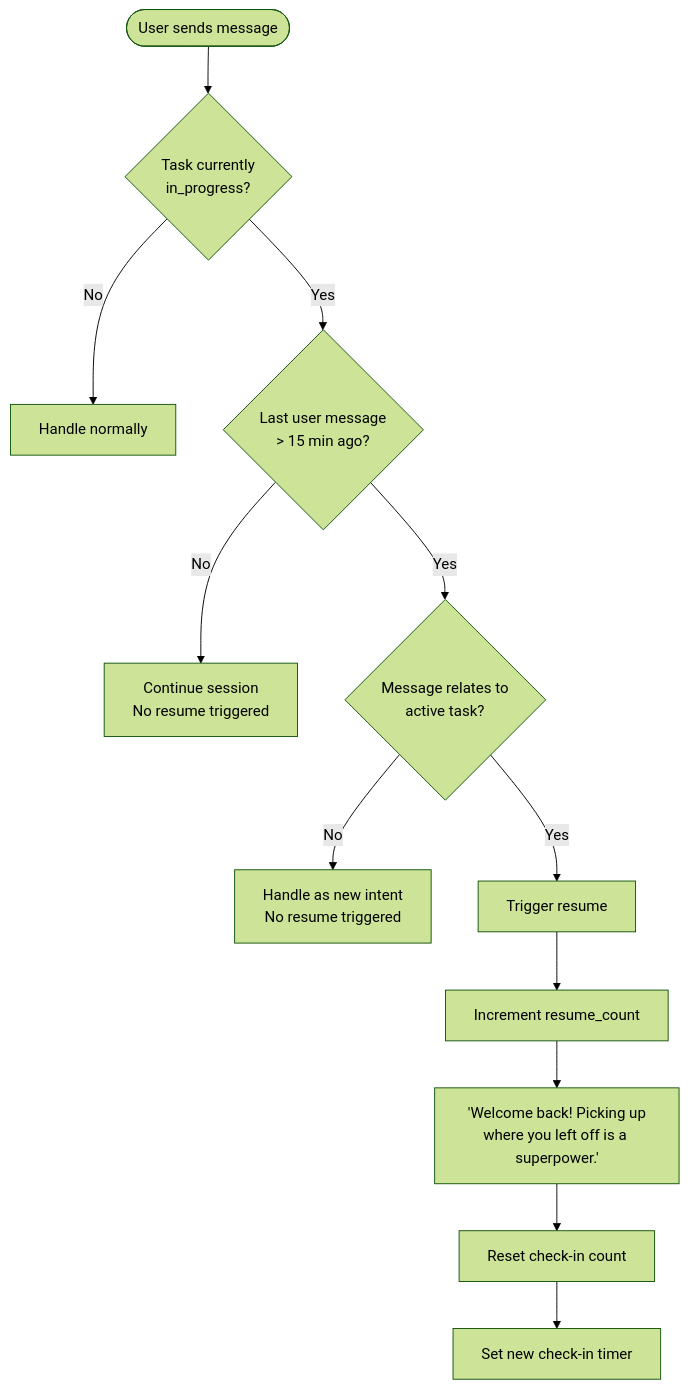
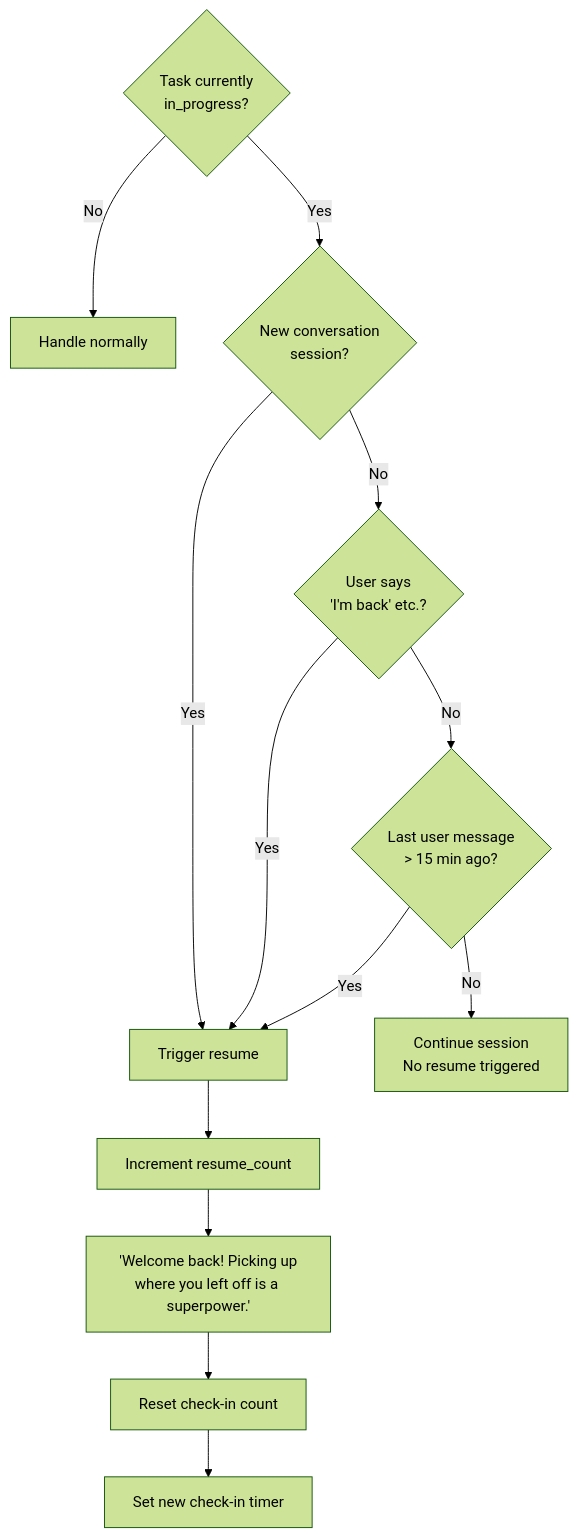
Before and after one commit to NickBorgersProbably/hide-my-list: diagram 16 of 24 in docs/task-lifecycle.md, drawn with Mermaid (forest theme). The commit also changed other lines of this file, not shown here.

First line of the commit message:
Fix contradiction in resume detection: 'all conditions' vs. 'any signal'

````diff
--- a/docs/task-lifecycle.md
+++ b/docs/task-lifecycle.md
@@ -515,18 +515,21 @@
 ```mermaid
 flowchart TD
-    Msg([User sends message]) --> HasActive{Task currently<br/>in_progress?}
+    HasActive{Task currently<br/>in_progress?}
 
     HasActive -->|No| Normal[Handle normally]
-    HasActive -->|Yes| CheckGap{Last user message<br/>> 15 min ago?}
+    HasActive -->|Yes| NewSession{New conversation<br/>session?}
+
+    NewSession -->|Yes| Resume[Trigger resume]
+    NewSession -->|No| ExplicitSignal{User says<br/>'I'm back' etc.?}
+
+    ExplicitSignal -->|Yes| Resume
+    ExplicitSignal -->|No| CheckGap{Last user message<br/>> 15 min ago?}
 
     CheckGap -->|No| Continue[Continue session<br/>No resume triggered]
-    CheckGap -->|Yes| CheckIntent{Message relates to<br/>active task?}
-
-    CheckIntent -->|No| NewIntent[Handle as new intent<br/>No resume triggered]
-    CheckIntent -->|Yes| Resume[Trigger resume]
+    CheckGap -->|Yes| Resume
 
     Resume --> Increment[Increment resume_count]
     Increment --> Reward["'Welcome back! Picking up<br/>where you left off is a superpower.'"]
     Reward --> ResetCheckins[Reset check-in count]
     ResetCheckins --> SetTimer[Set new check-in timer]
 ```
````
